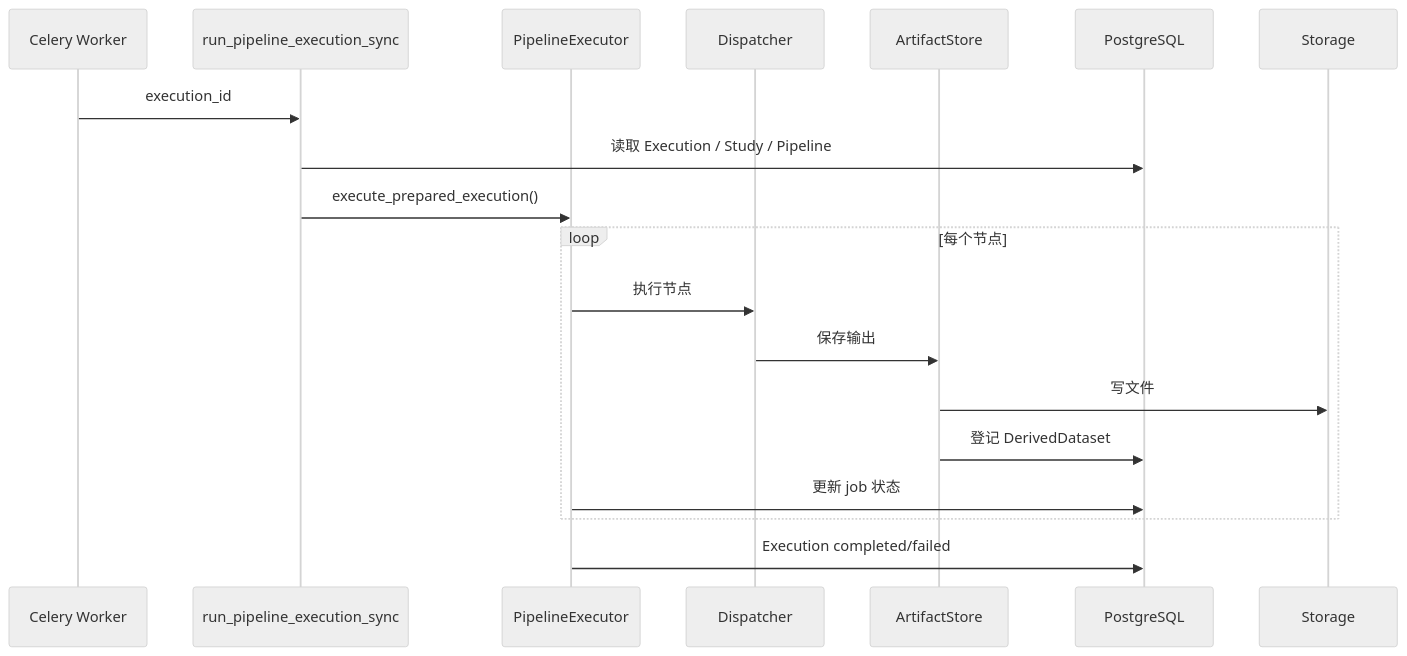
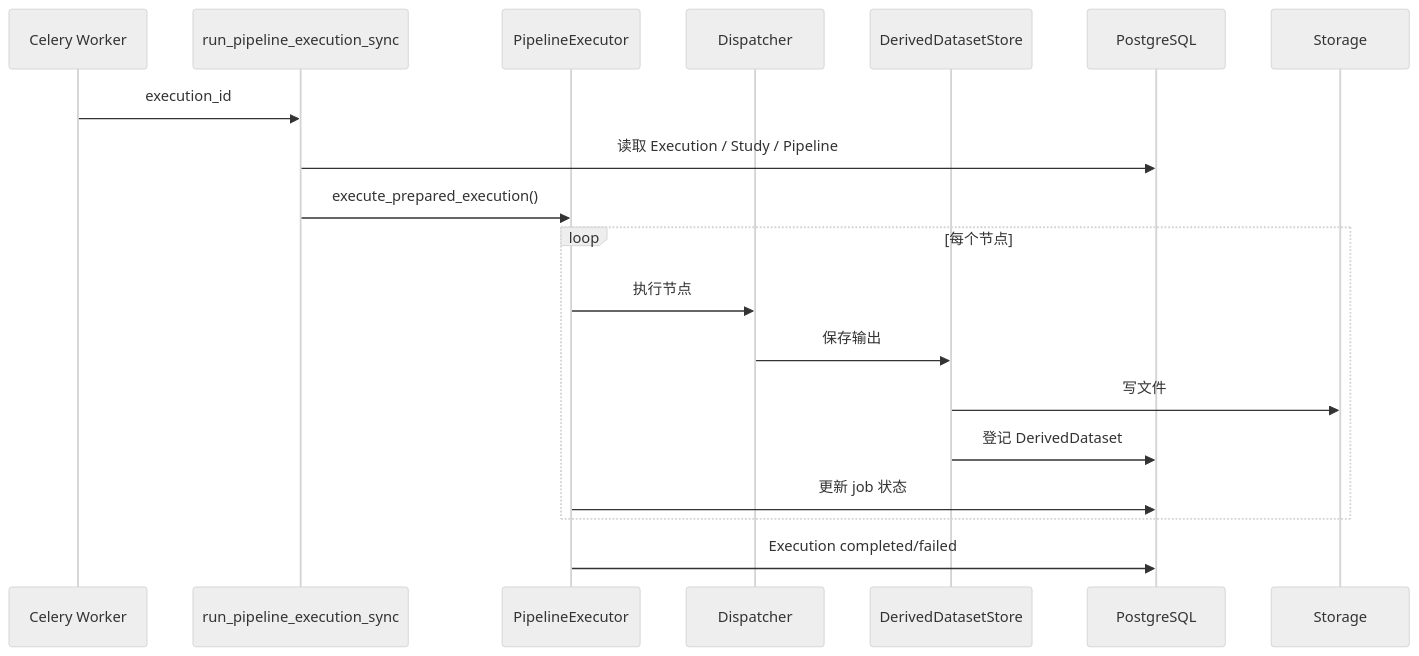
Before and after one commit to NoraJinxy/Niantong_GH_version: the second of 2 diagrams in wiki/docs/7-40-工作流执行与后台任务.md, drawn with Mermaid (neutral theme). The commit also changed other lines of this file and 19 other files, not shown here.

````diff
--- a/wiki/docs/7-40-工作流执行与后台任务.md
+++ b/wiki/docs/7-40-工作流执行与后台任务.md
@@ -94,22 +96,22 @@
 ```mermaid
 sequenceDiagram
   participant W as Celery Worker
   participant BG as run_pipeline_execution_sync
   participant Exec as PipelineExecutor
   participant Dispatch as Dispatcher
-  participant Store as ArtifactStore
+  participant Store as DerivedDatasetStore
   participant DB as PostgreSQL
   participant FS as Storage
 
   W->>BG: execution_id
   BG->>DB: 读取 Execution / Study / Pipeline
   BG->>Exec: execute_prepared_execution()
   loop 每个节点
     Exec->>Dispatch: 执行节点
     Dispatch->>Store: 保存输出
     Store->>FS: 写文件
     Store->>DB: 登记 DerivedDataset
     Exec->>DB: 更新 job 状态
   end
   Exec->>DB: Execution completed/failed
 ```
````
